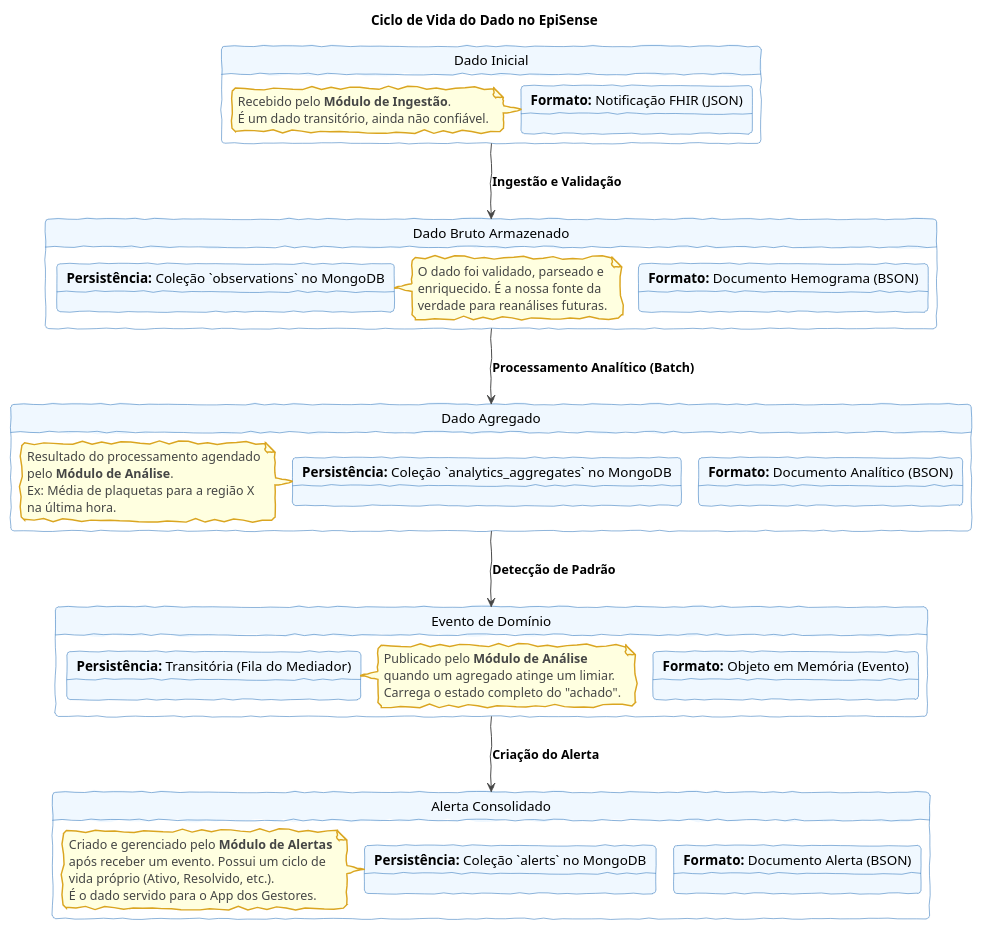
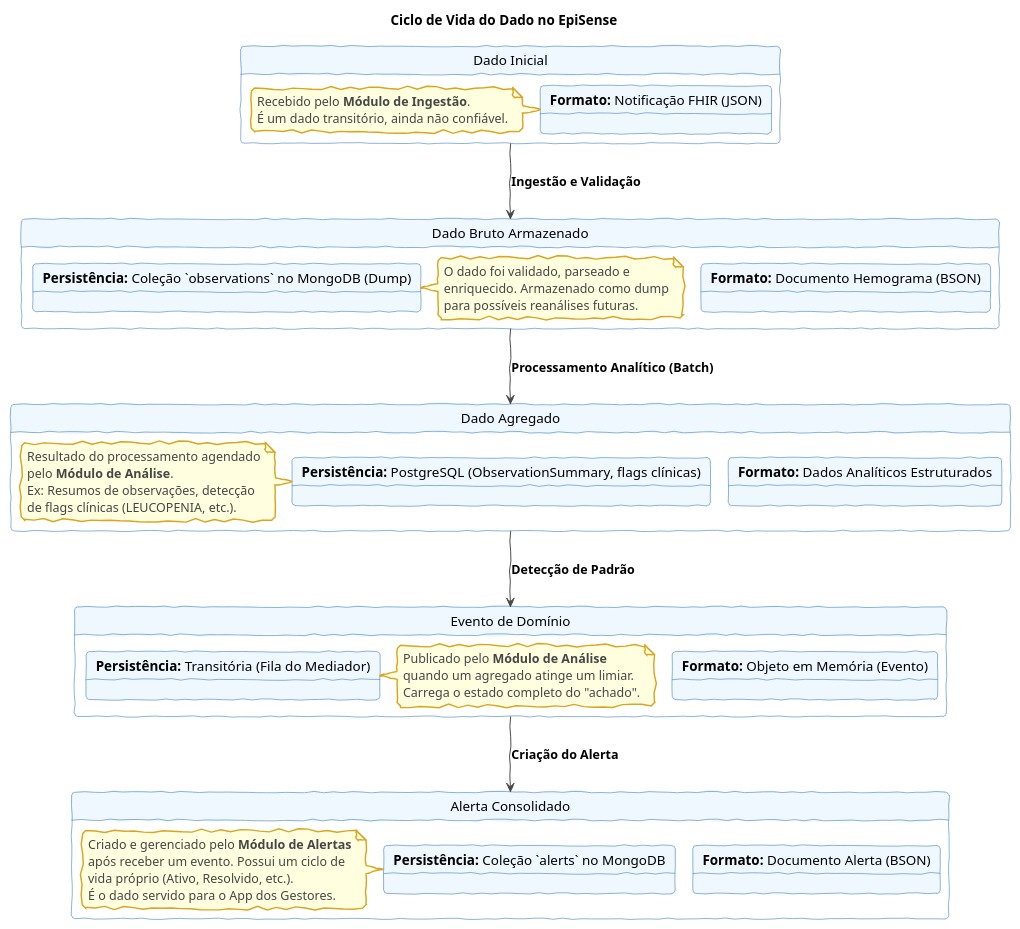
The diagram in doc/diagrams/data-flow-diagram.puml (Omega050/EpiSense), drawn with PlantUML before and after one commit. The commit also changed 2 other files, not shown here.

Commit message:
docs: corrige arquitetura dos bancos de dados nos diagramas
- MongoDB para dump de dados brutos (ingestion)
- PostgreSQL para dados analíticos estruturados (analysis)
- MongoDB para alertas (mantido)
- Adiciona Hangfire no fluxo de orquestração
- Remove acesso direto do Analysis ao MongoDB

```diff
--- a/doc/diagrams/data-flow-diagram.puml
+++ b/doc/diagrams/data-flow-diagram.puml
@@ -1,72 +1,72 @@
 @startuml data-lifecycle
 !theme vibrant
 skinparam handwritten true
 skinparam state {
     BackgroundColor #AliceBlue
     BorderColor #1161B2
 }
 skinparam note {
     BackgroundColor #LightYellow
     BorderColor #GoldenRod
 }
 
 title Ciclo de Vida do Dado no EpiSense
 
 state "Dado Inicial" as Initial {
     state "**Formato:** Notificação FHIR (JSON)"
     note left
         Recebido pelo **Módulo de Ingestão**.
         É um dado transitório, ainda não confiável.
     end note
 }
 
 state "Dado Bruto Armazenado" as Raw {
     state "**Formato:** Documento Hemograma (BSON)"
-    state "**Persistência:** Coleção `observations` no MongoDB"
+    state "**Persistência:** Coleção `observations` no MongoDB (Dump)"
     note right
         O dado foi validado, parseado e
-        enriquecido. É a nossa fonte da
-        verdade para reanálises futuras.
+        enriquecido. Armazenado como dump
+        para possíveis reanálises futuras.
     end note
 }
 
 state "Dado Agregado" as Aggregated {
-    state "**Formato:** Documento Analítico (BSON)"
-    state "**Persistência:** Coleção `analytics_aggregates` no MongoDB"
+    state "**Formato:** Dados Analíticos Estruturados"
+    state "**Persistência:** PostgreSQL (ObservationSummary, flags clínicas)"
     note left
         Resultado do processamento agendado
         pelo **Módulo de Análise**.
-        Ex: Média de plaquetas para a região X
-        na última hora.
+        Ex: Resumos de observações, detecção
+        de flags clínicas (LEUCOPENIA, etc.).
     end note
 }
 
 state "Evento de Domínio" as Event {
     state "**Formato:** Objeto em Memória (Evento)"
     state "**Persistência:** Transitória (Fila do Mediador)"
     note right
         Publicado pelo **Módulo de Análise**
         quando um agregado atinge um limiar.
         Carrega o estado completo do "achado".
     end note
 }
 
 state "Alerta Consolidado" as Alert {
     state "**Formato:** Documento Alerta (BSON)"
     state "**Persistência:** Coleção `alerts` no MongoDB"
     note left
         Criado e gerenciado pelo **Módulo de Alertas**
         após receber um evento. Possui um ciclo de
         vida próprio (Ativo, Resolvido, etc.).
         É o dado servido para o App dos Gestores.
     end note
 }
 
 
 ' Fluxo de transformação
 Initial --> Raw : **Ingestão e Validação**
 Raw --> Aggregated : **Processamento Analítico (Batch)**
 Aggregated --> Event : **Detecção de Padrão**
 Event --> Alert : **Criação do Alerta**
 
 @enduml
```
